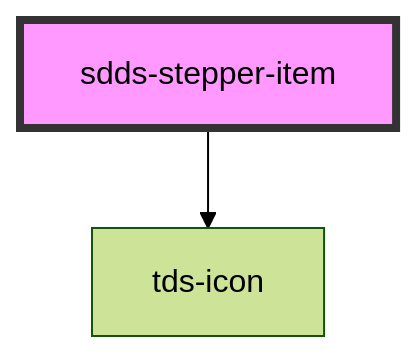
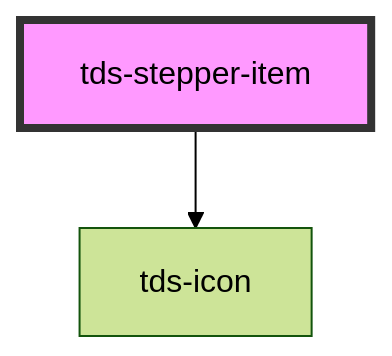
One commit to scania-digital-design-system/tegel changed the diagram in core/src/components/stepper/stepper-item/readme.md. Above: the diagram before and after it, drawn with Mermaid (forest theme). The commit also changed other lines of this file and 7 other files, not shown here.

````diff
--- a/core/src/components/stepper/stepper-item/readme.md
+++ b/core/src/components/stepper/stepper-item/readme.md
@@ -23,5 +23,5 @@
 ```mermaid
 graph TD;
-  sdds-stepper-item --> tds-icon
-  style sdds-stepper-item fill:#f9f,stroke:#333,stroke-width:4px
+  tds-stepper-item --> tds-icon
+  style tds-stepper-item fill:#f9f,stroke:#333,stroke-width:4px
 ```
````
